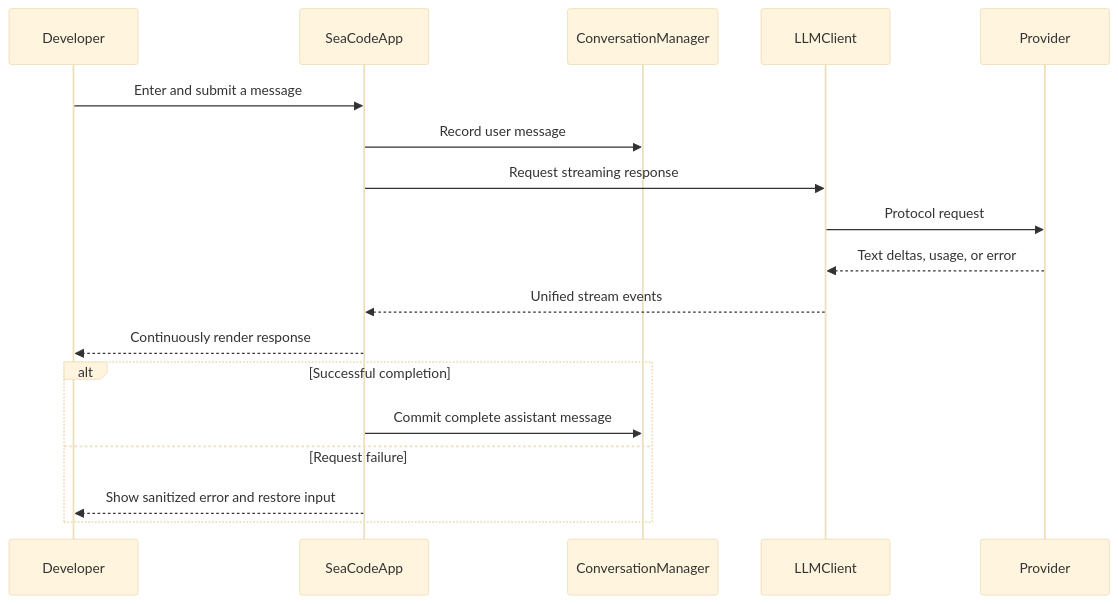
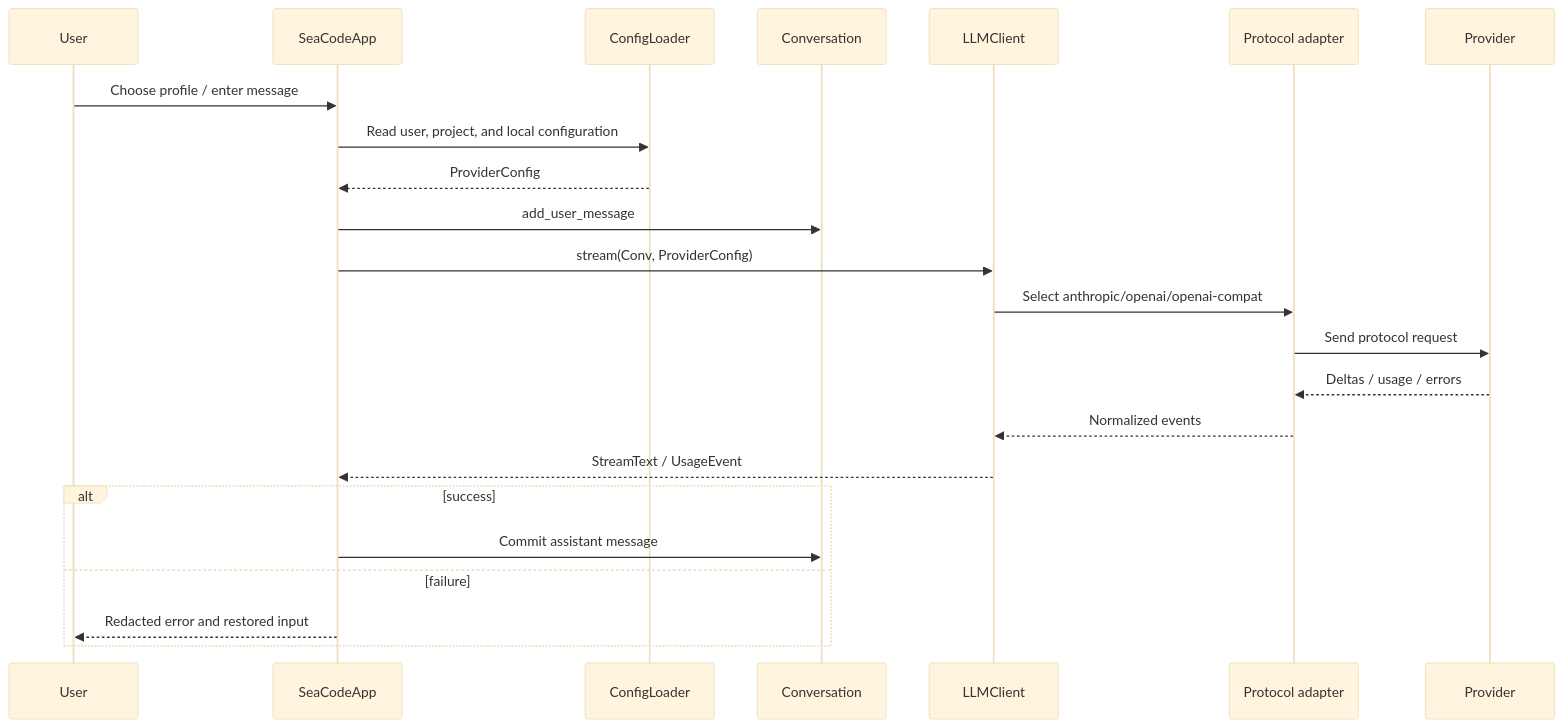
Before and after one commit to seaFall98/SeaCode: the fourth of 17 diagrams in docs-en/Design-SeaCode.md, drawn with Mermaid (base theme). The commit also changed other lines of this file and 10 other files, not shown here.

````diff
--- a/docs-en/Design-SeaCode.md
+++ b/docs-en/Design-SeaCode.md
@@ -94,21 +189,26 @@
 ```mermaid
 sequenceDiagram
-    participant U as Developer
-    participant A as SeaCodeApp
-    participant C as ConversationManager
-    participant L as LLMClient
+    participant U as User
+    participant App as SeaCodeApp
+    participant Cfg as ConfigLoader
+    participant Conv as Conversation
+    participant Client as LLMClient
+    participant Adapter as Protocol adapter
     participant P as Provider
 
-    U->>A: Enter and submit a message
-    A->>C: Record user message
-    A->>L: Request streaming response
-    L->>P: Protocol request
-    P-->>L: Text deltas, usage, or error
-    L-->>A: Unified stream events
-    A-->>U: Continuously render response
-    alt Successful completion
-        A->>C: Commit complete assistant message
-    else Request failure
-        A-->>U: Show sanitized error and restore input
+    U->>App: Choose profile / enter message
+    App->>Cfg: Read user, project, and local configuration
+    Cfg-->>App: ProviderConfig
+    App->>Conv: add_user_message
+    App->>Client: stream(Conv, ProviderConfig)
+    Client->>Adapter: Select anthropic/openai/openai-compat
+    Adapter->>P: Send protocol request
+    P-->>Adapter: Deltas / usage / errors
+    Adapter-->>Client: Normalized events
+    Client-->>App: StreamText / UsageEvent
+    alt success
+        App->>Conv: Commit assistant message
+    else failure
+        App-->>U: Redacted error and restored input
     end
 ```
````
